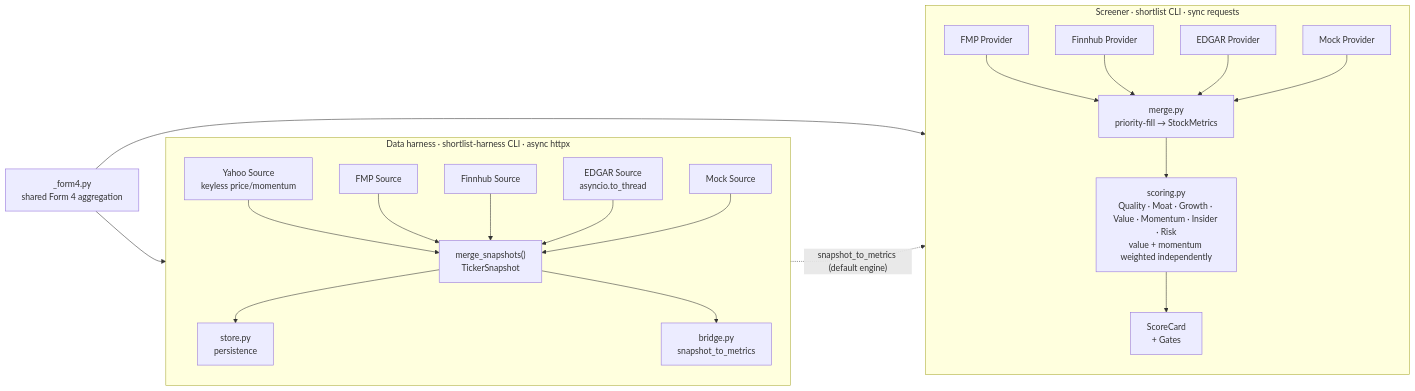
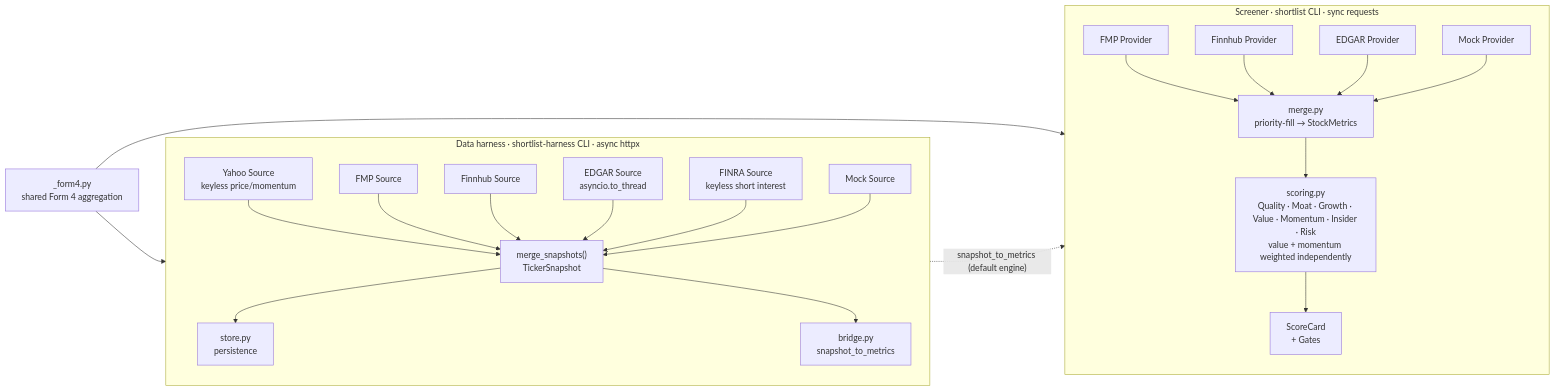
One commit to christurgeon/shortlist changed the second of 2 diagrams in README.md. Above: the diagram before and after it, drawn with Mermaid. The commit also changed other lines of this file, not shown here.

Commit message:
docs: add FINRA source + market-cap gate to README diagrams
The architecture diagram's harness subgraph omitted FinraSource (the
keyless short-interest source in the registry, referenced in the
surrounding prose); add it. Also add the sub-threshold market-cap gate
to the user-flow score() node's gate list.

````diff
--- a/README.md
+++ b/README.md
@@ -49,46 +49,48 @@
 ```mermaid
 flowchart LR
     subgraph screener ["Screener  ·  shortlist CLI  ·  sync requests"]
         direction TB
         SP1["FMP Provider"]
         SP2["Finnhub Provider"]
         SP3["EDGAR Provider"]
         SP4["Mock Provider"]
         MG["merge.py\npriority-fill → StockMetrics"]
         SC["scoring.py\nQuality · Moat · Growth · Value · Momentum · Insider · Risk\nvalue + momentum weighted independently"]
         CARD["ScoreCard\n+ Gates"]
 
         SP1 --> MG
         SP2 --> MG
         SP3 --> MG
         SP4 --> MG
         MG --> SC
         SC --> CARD
     end
 
     subgraph harness ["Data harness  ·  shortlist-harness CLI  ·  async httpx"]
         direction TB
         HS0["Yahoo Source\nkeyless price/momentum"]
         HS1["FMP Source"]
         HS2["Finnhub Source"]
         HS3["EDGAR Source\nasyncio.to_thread"]
-        HS4["Mock Source"]
+        HS4["FINRA Source\nkeyless short interest"]
+        HS5["Mock Source"]
         HM["merge_snapshots()\nTickerSnapshot"]
         BR["bridge.py\nsnapshot_to_metrics"]
         STORE["store.py\npersistence"]
 
         HS0 --> HM
         HS1 --> HM
         HS2 --> HM
         HS3 --> HM
         HS4 --> HM
+        HS5 --> HM
         HM --> STORE
         HM --> BR
     end
 
     F4["_form4.py\nshared Form 4 aggregation"]
     F4 --> SP3
     F4 --> HS3
 
     BR -.->|"snapshot_to_metrics (default engine)"| SC
 ```
````
